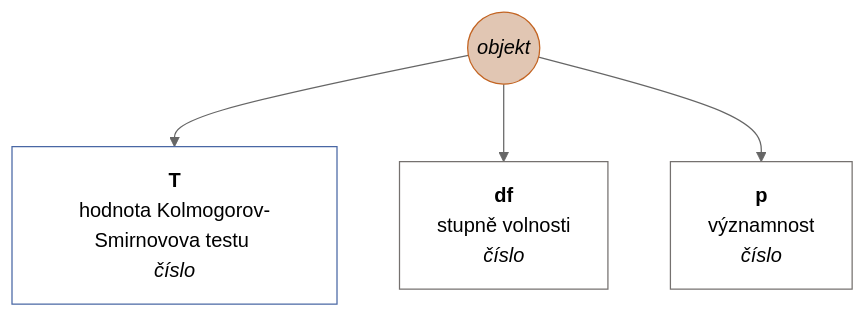
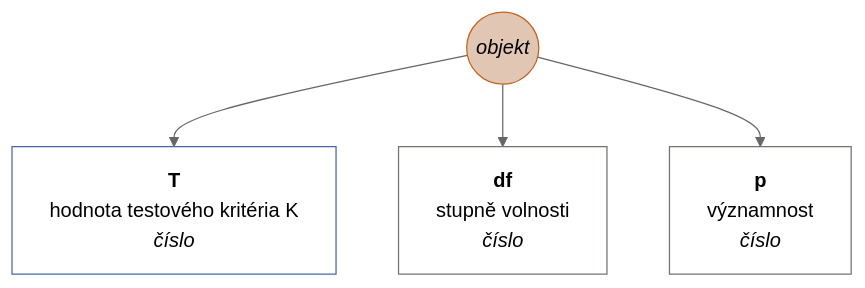
Diagram 24 of 24 in docs/cs-CZ/vector.md (muzikp/retusa), drawn with Mermaid (neutral theme) before and after one commit. The commit also changed other lines of this file and 11 other files, not shown here.

````diff
--- a/docs/cs-CZ/vector.md
+++ b/docs/cs-CZ/vector.md
@@ -788,16 +788,16 @@
 ```mermaid
 graph TD
 kstest((<i>objekt</i>))
 style kstest fill:#E1C6B3;
 style kstest stroke:#C36422;
-kstest --> T[<b>T</b><br>hodnota Kolmogorov-Smirnovova testu <br><i>číslo</i>]
+kstest --> T[<b>T</b><br>hodnota testového kritéria K <br><i>číslo</i>]
 style T fill:#FFFFFF;
 style T stroke:#4967A4;
 kstest --> df[<b>df</b><br>stupně volnosti <br><i>číslo</i>]
 style df fill:#FFFFFF;
 style df stroke:#75716F;
 kstest --> p[<b>p</b><br>významnost <br><i>číslo</i>]
 style p fill:#FFFFFF;
 style p stroke:#75716F;
 
 ```
````
